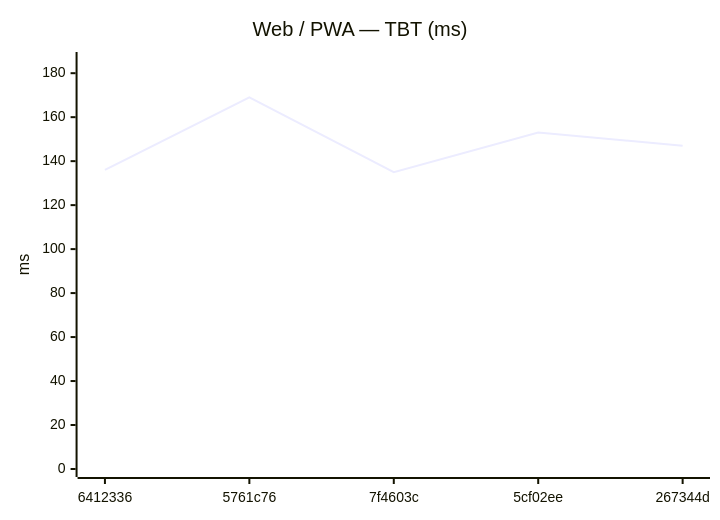
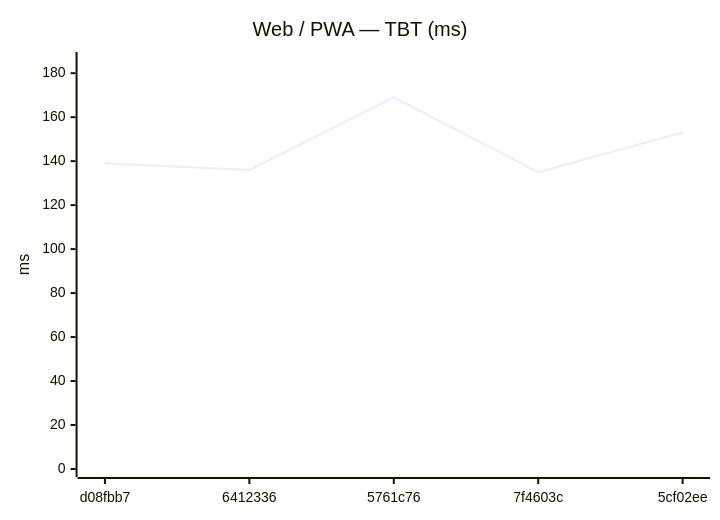
The eighth of 18 diagrams in benchmarks/compare.md (Metaheurist/Rianell), drawn with Mermaid before and after one commit. The commit also changed other lines of this file and 11 other files, not shown here.

````diff
--- a/benchmarks/compare.md
+++ b/benchmarks/compare.md
@@ -124,7 +124,7 @@
 ```mermaid
 xychart-beta
     title "Web / PWA — TBT (ms)"
-    x-axis ["6412336", "5761c76", "7f4603c", "5cf02ee", "267344d"]
+    x-axis ["d08fbb7", "6412336", "5761c76", "7f4603c", "5cf02ee"]
     y-axis "ms" 0 --> 186
-    line [136, 169, 135, 153, 147]
+    line [139, 136, 169, 135, 153]
 ```
````
